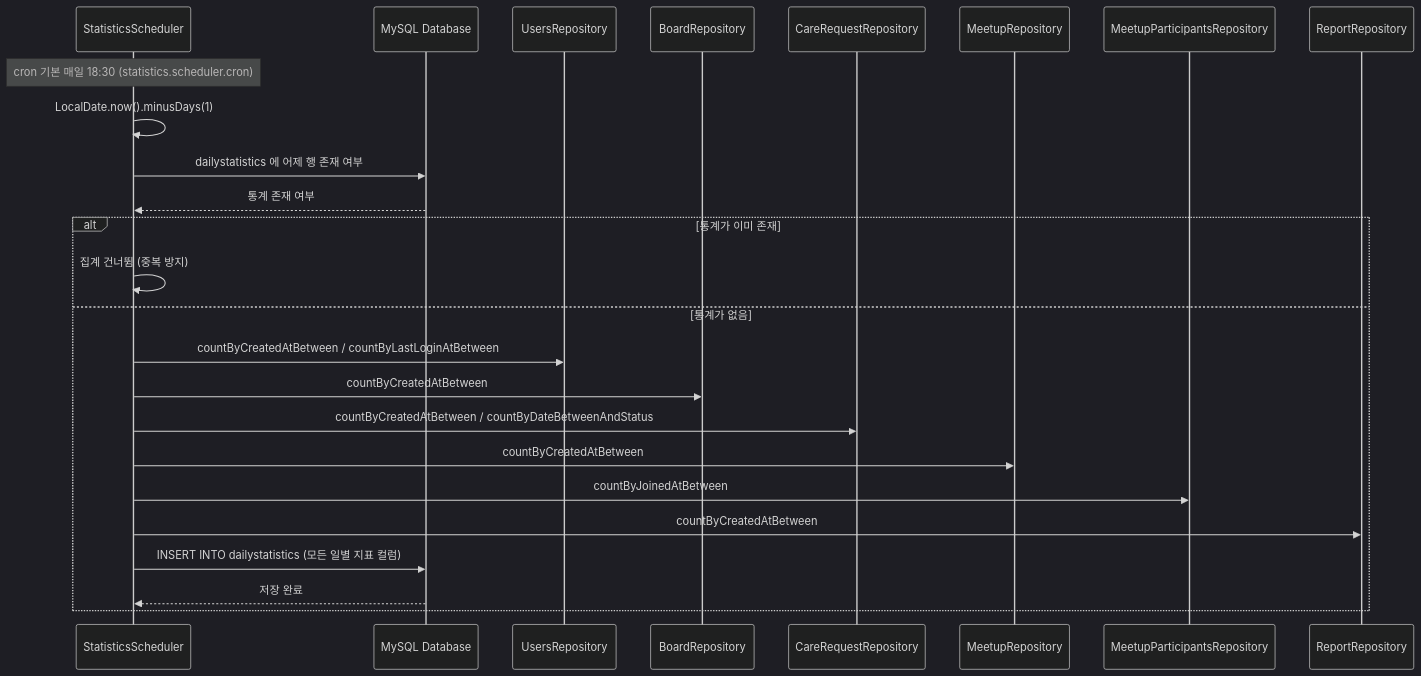
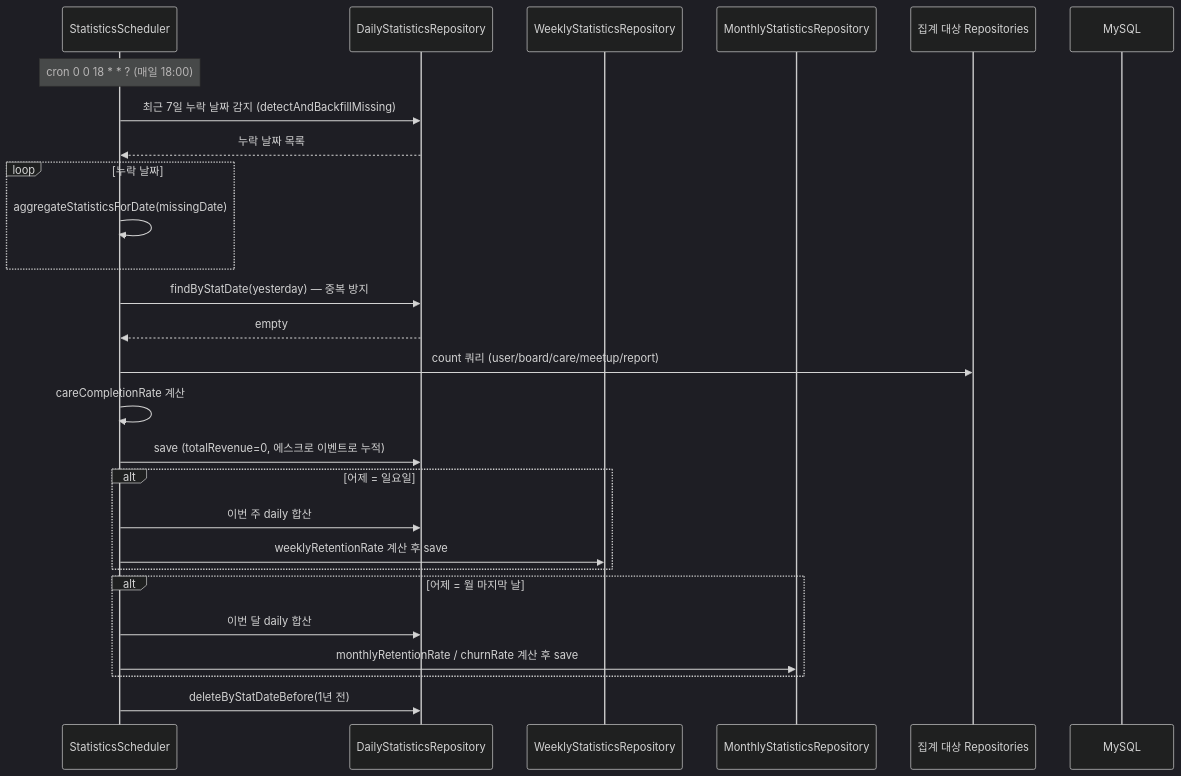
The second of 5 diagrams in docs/architecture/관리자 대시보드 & 통계 시스템 아키텍처.md (makkong1/Petory), drawn with Mermaid (dark theme) before and after one commit. The commit also changed other lines of this file and 5 other files, not shown here.

````diff
--- a/docs/architecture/관리자 대시보드 & 통계 시스템 아키텍처.md
+++ b/docs/architecture/관리자 대시보드 & 통계 시스템 아키텍처.md
@@ -532,30 +311,35 @@
 ```mermaid
 sequenceDiagram
     participant Scheduler as StatisticsScheduler
-    participant MySQL as MySQL Database
-    participant UsersRepo as UsersRepository
-    participant BoardRepo as BoardRepository
-    participant CareRepo as CareRequestRepository
-    participant MeetupRepo as MeetupRepository
-    participant MeetupPartRepo as MeetupParticipantsRepository
-    participant ReportRepo as ReportRepository
+    participant DailyRepo as DailyStatisticsRepository
+    participant WeeklyRepo as WeeklyStatisticsRepository
+    participant MonthlyRepo as MonthlyStatisticsRepository
+    participant Repos as 집계 대상 Repositories
+    participant MySQL as MySQL
 
-    Note over Scheduler: cron 기본 매일 18:30 (statistics.scheduler.cron)
-    Scheduler->>Scheduler: LocalDate.now().minusDays(1)
+    Note over Scheduler: cron 0 0 18 * * ? (매일 18:00)
 
-    Scheduler->>MySQL: dailystatistics 에 어제 행 존재 여부
-    MySQL-->>Scheduler: 통계 존재 여부
+    Scheduler->>DailyRepo: 최근 7일 누락 날짜 감지 (detectAndBackfillMissing)
+    DailyRepo-->>Scheduler: 누락 날짜 목록
+    loop 누락 날짜
+        Scheduler->>Scheduler: aggregateStatisticsForDate(missingDate)
+    end
 
-    alt 통계가 이미 존재
-        Scheduler->>Scheduler: 집계 건너뜀 (중복 방지)
-    else 통계가 없음
-        Scheduler->>UsersRepo: countByCreatedAtBetween / countByLastLoginAtBetween
-        Scheduler->>BoardRepo: countByCreatedAtBetween
-        Scheduler->>CareRepo: countByCreatedAtBetween / countByDateBetweenAndStatus
-        Scheduler->>MeetupRepo: countByCreatedAtBetween
-        Scheduler->>MeetupPartRepo: countByJoinedAtBetween
-        Scheduler->>ReportRepo: countByCreatedAtBetween
-        Scheduler->>MySQL: INSERT INTO dailystatistics (모든 일별 지표 컬럼)
-        MySQL-->>Scheduler: 저장 완료
+    Scheduler->>DailyRepo: findByStatDate(yesterday) — 중복 방지
+    DailyRepo-->>Scheduler: empty
+    Scheduler->>Repos: count 쿼리 (user/board/care/meetup/report)
+    Scheduler->>Scheduler: careCompletionRate 계산
+    Scheduler->>DailyRepo: save (totalRevenue=0, 에스크로 이벤트로 누적)
+
+    alt 어제 = 일요일
+        Scheduler->>DailyRepo: 이번 주 daily 합산
+        Scheduler->>WeeklyRepo: weeklyRetentionRate 계산 후 save
     end
+
+    alt 어제 = 월 마지막 날
+        Scheduler->>DailyRepo: 이번 달 daily 합산
+        Scheduler->>MonthlyRepo: monthlyRetentionRate / churnRate 계산 후 save
+    end
+
+    Scheduler->>DailyRepo: deleteByStatDateBefore(1년 전)
 ```
````
